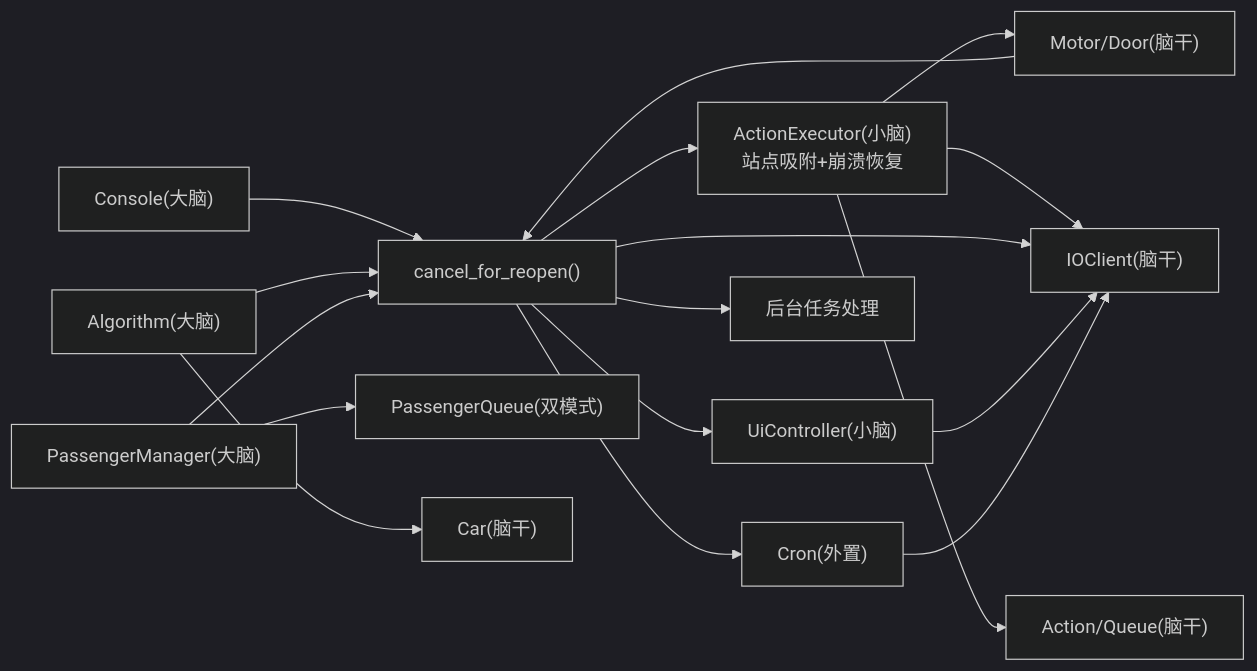
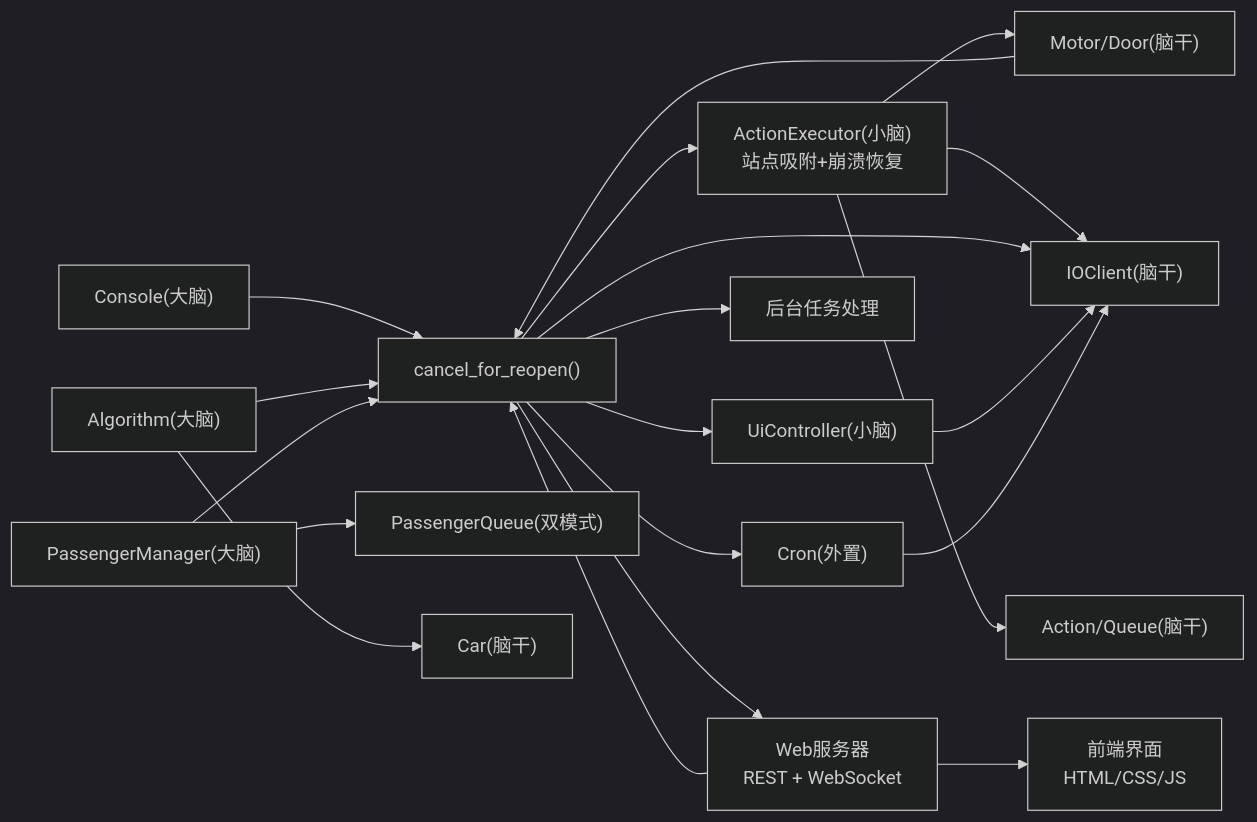
The tenth of 10 diagrams in .qoder/repowiki/zh/content/系统架构概览/系统架构概览.md (xmb505/Haku_EET), drawn with Mermaid (dark theme) before and after one commit. The commit also changed other lines of this file and 27 other files, not shown here.

````diff
--- a/.qoder/repowiki/zh/content/系统架构概览/系统架构概览.md
+++ b/.qoder/repowiki/zh/content/系统架构概览/系统架构概览.md
@@ -427,19 +538,22 @@
 ```mermaid
 graph LR
 Console["Console(大脑)"] --> App["App(小脑)"]
 Algorithm["Algorithm(大脑)"] --> App
 Passenger["PassengerManager(大脑)"] --> App
 Passenger --> PassengerQueue["PassengerQueue(双模式)"]
 App --> Executor["ActionExecutor(小脑)<br/>站点吸附+崩溃恢复"]
 App --> UI["UiController(小脑)"]
 App --> Cron["Cron(外置)"]
 App --> _fire_and_forget["后台任务处理"]
+App --> Server["Web服务器<br/>REST + WebSocket"]
+Server --> Frontend["前端界面<br/>HTML/CSS/JS"]
 Executor --> Controllers["Motor/Door(脑干)"]
 Executor --> IO["IOClient(脑干)"]
 App --> IO
 UI --> IO
 Executor --> Actions["Action/Queue(脑干)"]
 Algorithm --> Player["Car(脑干)"]
 Cron --> IO
 Controllers --> App["cancel_for_reopen()"]
+Server --> App
 ```
````
